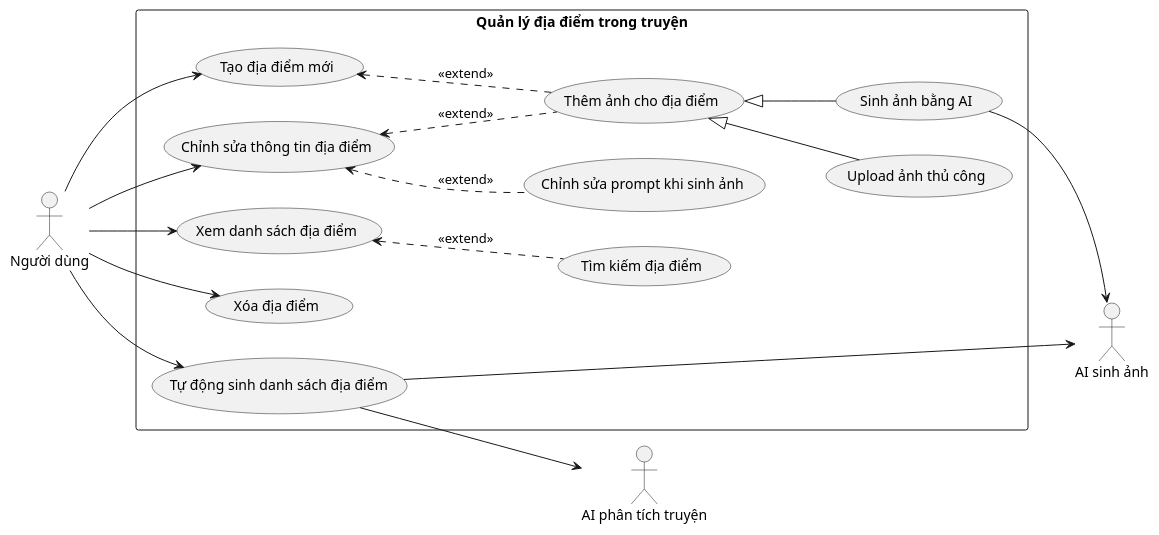
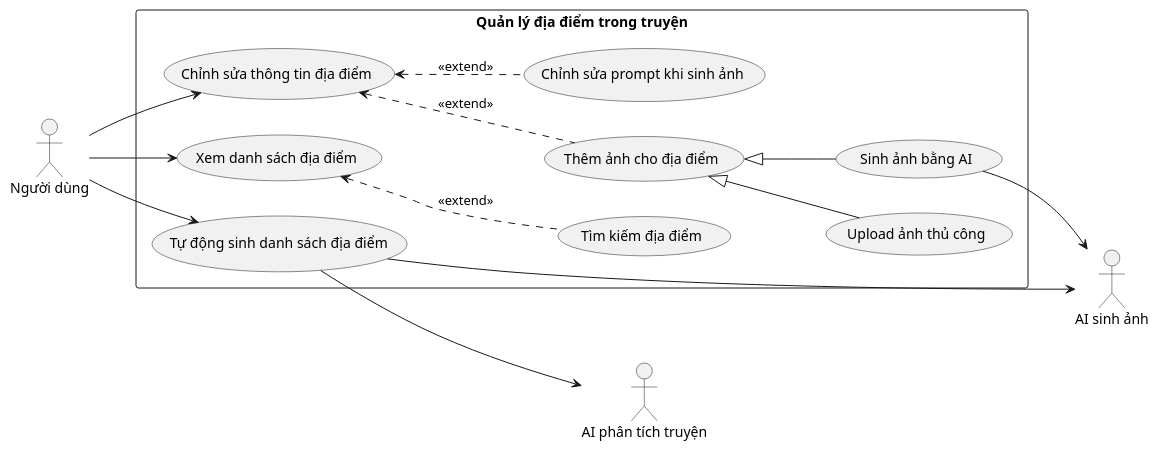
Before and after one commit to 202416852-anhpv/story2video-docs: the diagram in docs/bieu-do-uc/bieu-do-uc-chi-tiet/setup/xay-dung-the-gioi-truyen/quan-ly-dia-diem.puml, drawn with PlantUML. The commit also changed 2 other files, not shown here.

```diff
--- a/docs/bieu-do-uc/bieu-do-uc-chi-tiet/setup/xay-dung-the-gioi-truyen/quan-ly-dia-diem.puml
+++ b/docs/bieu-do-uc/bieu-do-uc-chi-tiet/setup/xay-dung-the-gioi-truyen/quan-ly-dia-diem.puml
@@ -1,37 +1,32 @@
 @startuml quan-ly-dia-diem
 left to right direction
 
 actor "Người dùng" as User
 actor "AI sinh ảnh" as AI_IMG
 actor "AI phân tích truyện" as AI_LLM
 
 rectangle "Quản lý địa điểm trong truyện" {
-    usecase "Tạo địa điểm mới" as UC_01
     usecase "Chỉnh sửa thông tin địa điểm" as UC_02
     usecase "Xem danh sách địa điểm" as UC_03
-    usecase "Xóa địa điểm" as UC_04
     usecase "Tìm kiếm địa điểm" as UC_05
     usecase "Thêm ảnh cho địa điểm" as UC_06
     usecase "Upload ảnh thủ công" as UC_07
     usecase "Sinh ảnh bằng AI" as UC_08
     usecase "Tự động sinh danh sách địa điểm" as UC_09
     usecase "Chỉnh sửa prompt khi sinh ảnh" as UC_10
 }
 
-User --> UC_01
 User --> UC_02
 User --> UC_03
-User --> UC_04
 User --> UC_09
 UC_09 --> AI_IMG
 UC_09 --> AI_LLM
 UC_08 --> AI_IMG
 
 UC_03 <.. UC_05 : <<extend>>
-UC_01 <.. UC_06 : <<extend>>
 UC_02 <.. UC_06 : <<extend>>
 UC_02 <.. UC_10 : <<extend>>
 UC_06 <|-- UC_07
 UC_06 <|-- UC_08
 
 @enduml
```
